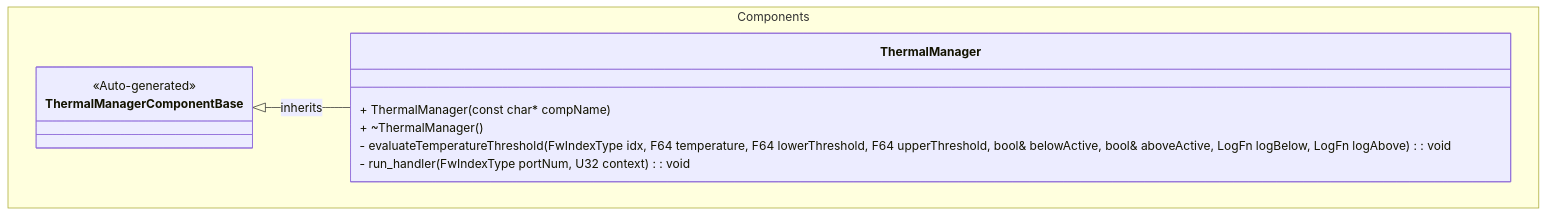
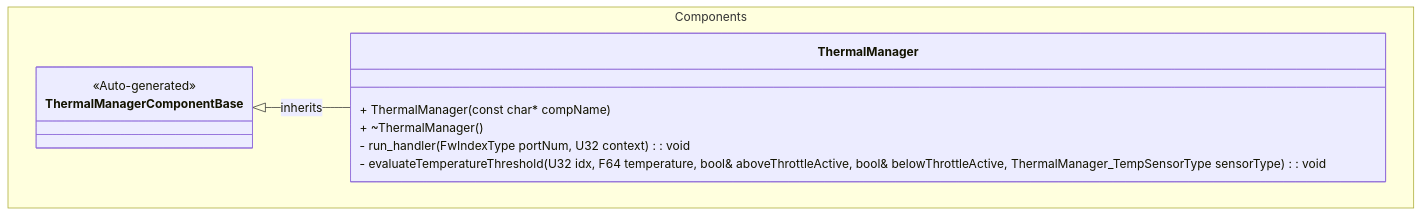
Before and after one commit to Open-Source-Space-Foundation/proves-core-reference: the first of 2 diagrams in PROVESFlightControllerReference/Components/ThermalManager/docs/sdd.md, drawn with Mermaid. The commit also changed other lines of this file and 1 other file, not shown here.

Commit message:
Opposite throttle flag is now cleared at trigger time, Update sdd. Use switch case for thresholds.

````diff
--- a/PROVESFlightControllerReference/Components/ThermalManager/docs/sdd.md
+++ b/PROVESFlightControllerReference/Components/ThermalManager/docs/sdd.md
@@ -22,15 +22,15 @@
 ```mermaid
 classDiagram
     namespace Components {
         class ThermalManagerComponentBase {
             <<Auto-generated>>
         }
         class ThermalManager {
             + ThermalManager(const char* compName)
             + ~ThermalManager()
-            - evaluateTemperatureThreshold(FwIndexType idx, F64 temperature, F64 lowerThreshold, F64 upperThreshold, bool& belowActive, bool& aboveActive, LogFn logBelow, LogFn logAbove): void
             - run_handler(FwIndexType portNum, U32 context): void
+            - evaluateTemperatureThreshold(U32 idx, F64 temperature, bool& aboveThrottleActive, bool& belowThrottleActive, ThermalManager_TempSensorType sensorType): void
         }
     }
     ThermalManagerComponentBase <|-- ThermalManager : inherits
 ```
````
